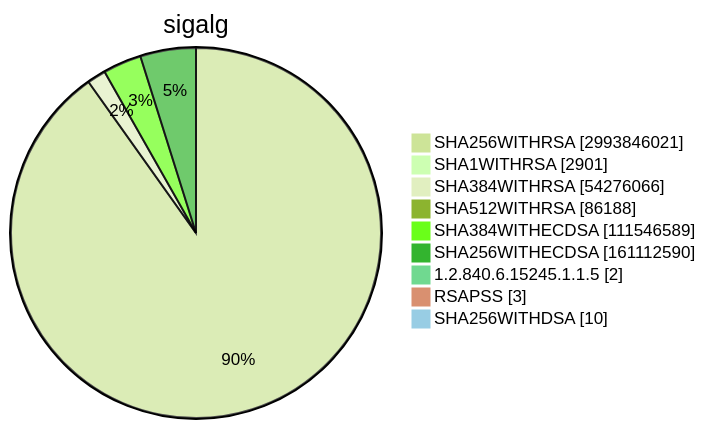
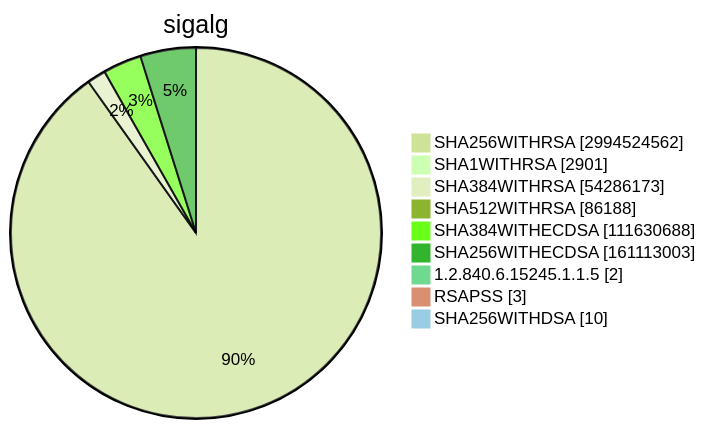
One commit to christiankrug/ctmonitor_visualization changed diagram 15 of 15 in TOTAL/README.md. Above: the diagram before and after it, drawn with Mermaid (forest theme). The commit also changed other lines of this file, not shown here.

````diff
--- a/TOTAL/README.md
+++ b/TOTAL/README.md
@@ -6208,13 +6208,13 @@
 ```mermaid
 pie showData
 title sigalg
-"SHA256WITHRSA" :2993846021
+"SHA256WITHRSA" :2994524562
 "SHA1WITHRSA" :2901
-"SHA384WITHRSA" :54276066
+"SHA384WITHRSA" :54286173
 "SHA512WITHRSA" :86188
-"SHA384WITHECDSA" :111546589
-"SHA256WITHECDSA" :161112590
+"SHA384WITHECDSA" :111630688
+"SHA256WITHECDSA" :161113003
 "1.2.840.6.15245.1.1.5" :2
 "RSAPSS" :3
 "SHA256WITHDSA" :10
 ```
````
